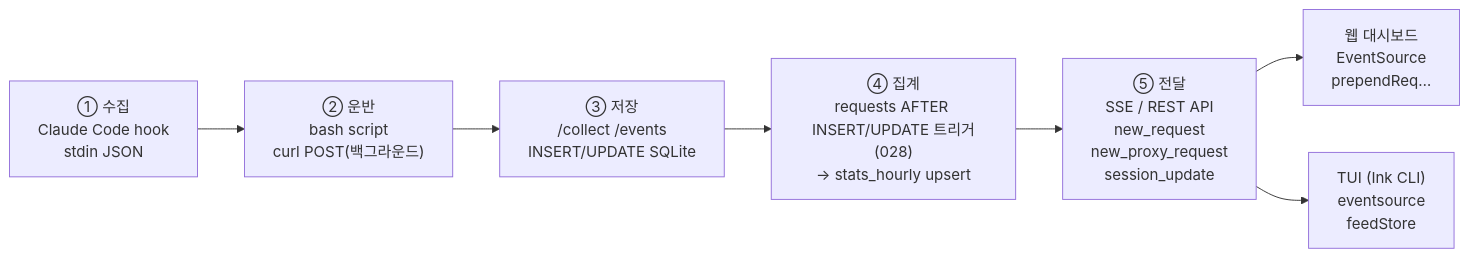
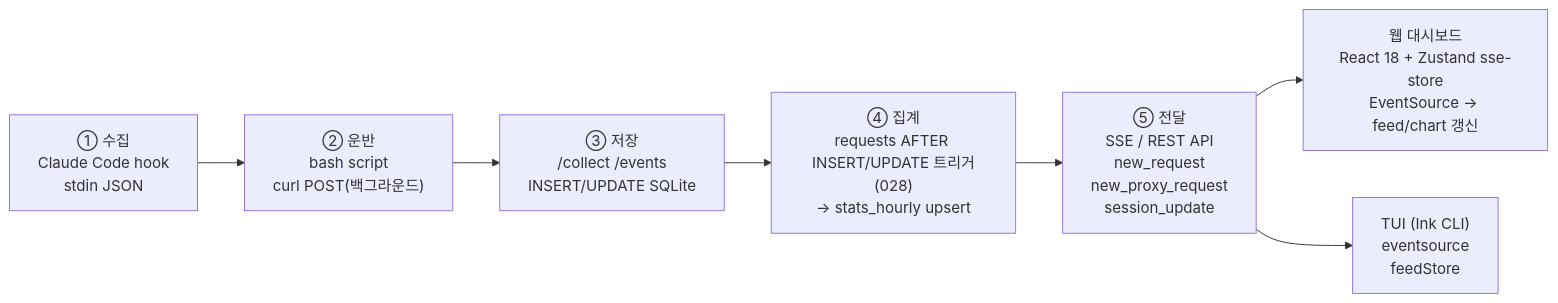
The first of 4 diagrams in docs/architecture/data-flow.md (gmoon92/claude-spyglass), drawn with Mermaid before and after one commit. The commit also changed 8 other files, not shown here.

First line of the commit message:
docs(architecture): 아키텍처 문서 현행화

````diff
--- a/docs/architecture/data-flow.md
+++ b/docs/architecture/data-flow.md
@@ -10,9 +10,9 @@
 ```mermaid
 flowchart LR
   A["① 수집\nClaude Code hook\nstdin JSON"] --> B["② 운반\nbash script\ncurl POST(백그라운드)"]
   B --> C["③ 저장\n/collect /events\nINSERT/UPDATE SQLite"]
   C --> D["④ 집계\nrequests AFTER INSERT/UPDATE 트리거(028)\n→ stats_hourly upsert"]
   D --> E["⑤ 전달\nSSE / REST API\nnew_request\nnew_proxy_request\nsession_update"]
-  E --> F["웹 대시보드\nEventSource\nprependReq…"]
+  E --> F["웹 대시보드\nReact 18 + Zustand sse-store\nEventSource → feed/chart 갱신"]
   E --> G["TUI (Ink CLI)\neventsource\nfeedStore"]
 ```
````
